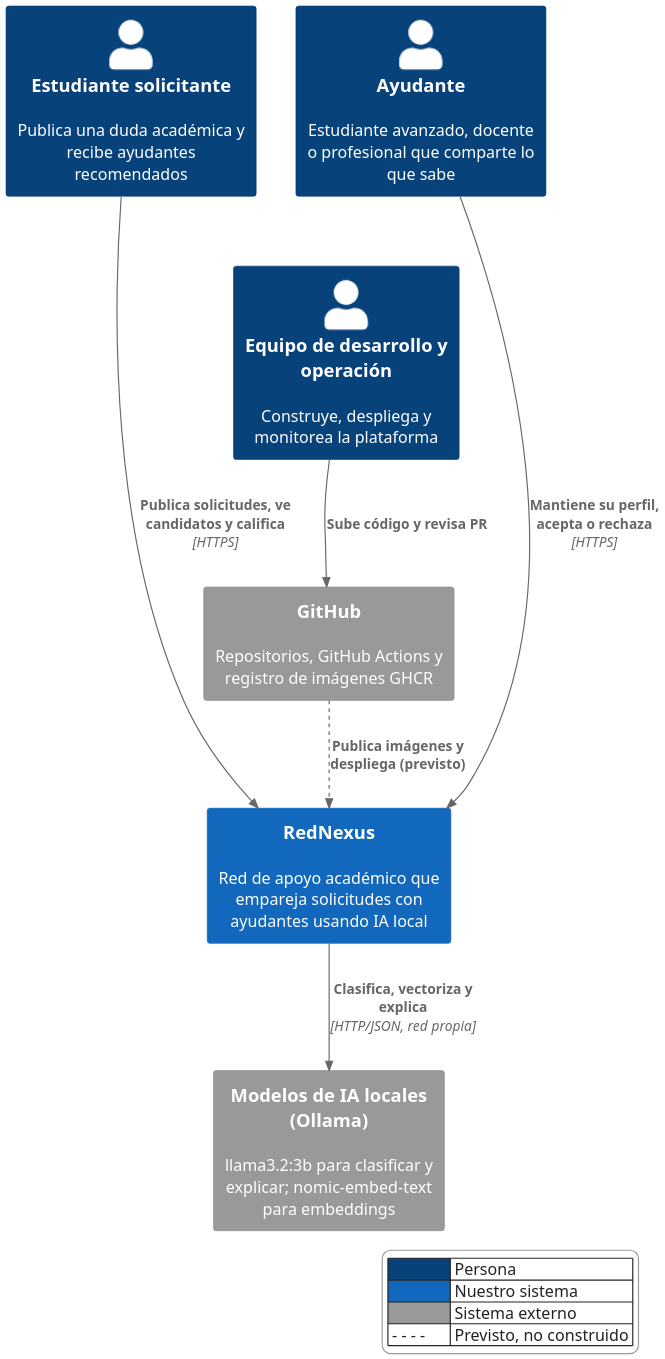
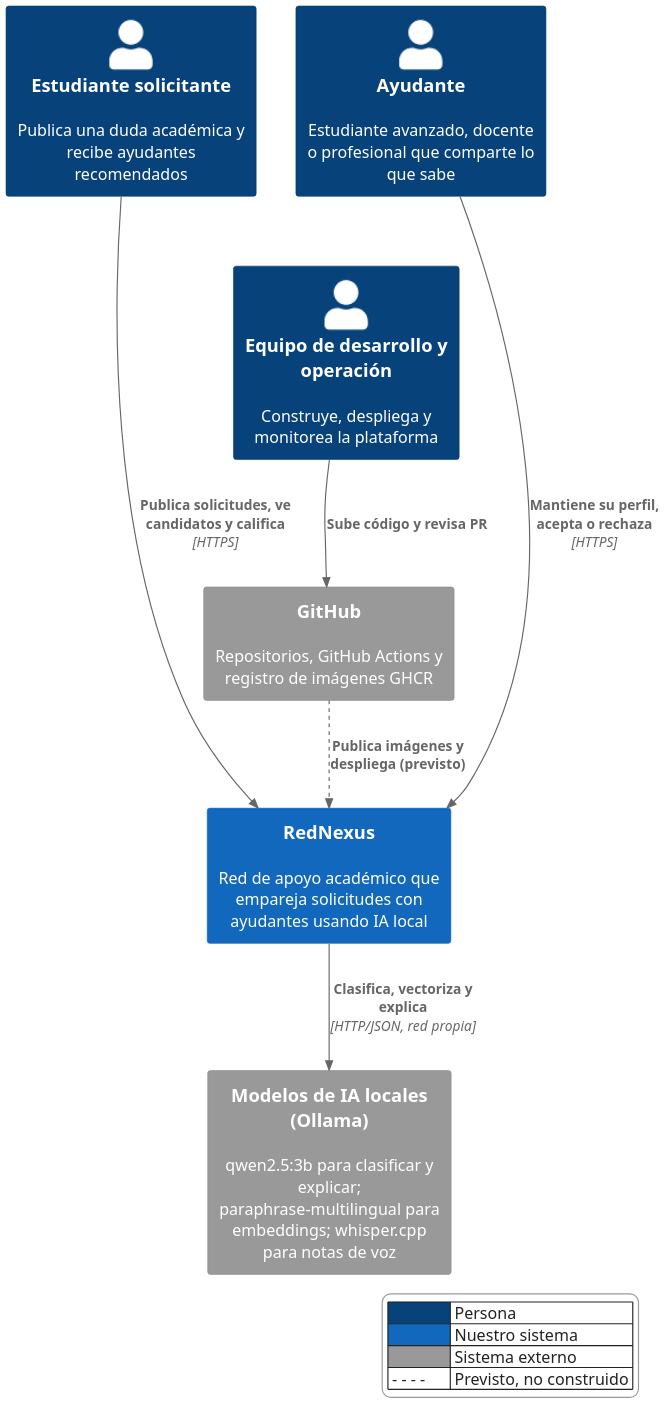
The diagram in docs/arquitectura/diagramas/01-c4-contexto.puml (juanjosegl/RedNexus-Platform), drawn with PlantUML before and after one commit. The commit also changed 19 other files, not shown here.

```diff
--- a/docs/arquitectura/diagramas/01-c4-contexto.puml
+++ b/docs/arquitectura/diagramas/01-c4-contexto.puml
@@ -1,37 +1,37 @@
 @startuml 01-c4-contexto
 ' C4 nivel 1: contexto del sistema
 !include <C4/C4_Context>
 skinparam dpi 200
 skinparam defaultFontName "Helvetica"
 HIDE_STEREOTYPE()
 skinparam LegendFontColor #222222
 skinparam LegendBackgroundColor #ffffff
 skinparam LegendBorderColor #999999
 AddElementTag("previsto", $bgColor="#eef4fb", $fontColor="#1d3b5c", $borderColor="#438dd5", $borderStyle=DashedLine())
 AddRelTag("previsto", $lineStyle=DashedLine())
 
 Person(sol, "Estudiante solicitante", "Publica una duda académica y recibe ayudantes recomendados")
 Person(ayu, "Ayudante", "Estudiante avanzado, docente o profesional que comparte lo que sabe")
 Person(ops, "Equipo de desarrollo y operación", "Construye, despliega y monitorea la plataforma")
 
 System(rn, "RedNexus", "Red de apoyo académico que empareja solicitudes con ayudantes usando IA local")
 
-System_Ext(ia, "Modelos de IA locales (Ollama)", "llama3.2:3b para clasificar y explicar; nomic-embed-text para embeddings")
+System_Ext(ia, "Modelos de IA locales (Ollama)", "qwen2.5:3b para clasificar y explicar; paraphrase-multilingual para embeddings; whisper.cpp para notas de voz")
 System_Ext(gh, "GitHub", "Repositorios, GitHub Actions y registro de imágenes GHCR")
 
 Rel(sol, rn, "Publica solicitudes, ve candidatos y califica", "HTTPS")
 Rel(ayu, rn, "Mantiene su perfil, acepta o rechaza", "HTTPS")
 Rel(rn, ia, "Clasifica, vectoriza y explica", "HTTP/JSON, red propia")
 Rel(ops, gh, "Sube código y revisa PR")
 Rel(gh, rn, "Publica imágenes y despliega (previsto)", $tags="previsto")
 
 Lay_R(sol, ayu)
 Lay_D(ayu, ops)
 
 legend right
   |<#08427b>     | Persona |
   |<#1168bd>     | Nuestro sistema |
   |<#999999>     | Sistema externo |
   | - - - -      | Previsto, no construido |
 endlegend
 @enduml
```
